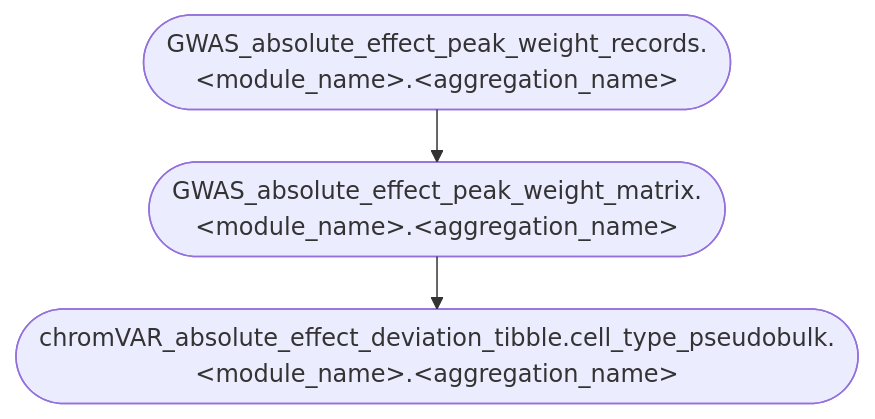
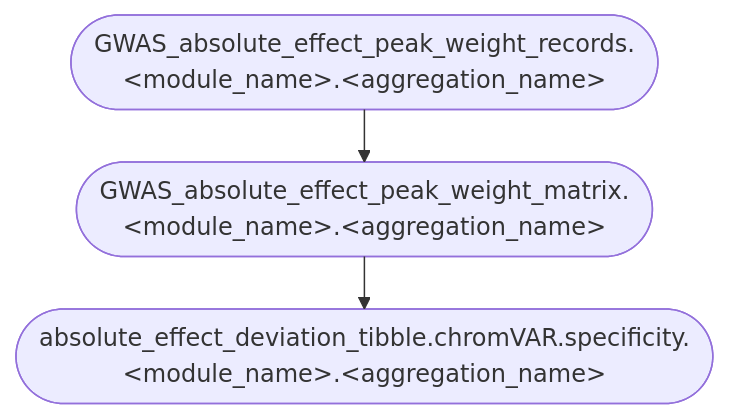
Before and after one commit to koefoeden/multiomeR: the diagram in website/figures/human_curated/genetic_enrichment_cell_type_absolute_effect_v2.mmd, drawn with Mermaid. The commit also changed 16 other files, not shown here.

```diff
--- a/website/figures/human_curated/genetic_enrichment_cell_type_absolute_effect_v2.mmd
+++ b/website/figures/human_curated/genetic_enrichment_cell_type_absolute_effect_v2.mmd
@@ -1,4 +1,4 @@
 %%{init: {'flowchart': {'defaultRenderer': 'elk'}}}%%
 flowchart TB
   GWAS_absolute_effect_peak_weight_records.genetic_enrichment.immune_human_2x(["GWAS_absolute_effect_peak_weight_records.&lt;module_name&gt;.&lt;aggregation_name&gt;"]):::none --> GWAS_absolute_effect_peak_weight_matrix.genetic_enrichment.immune_human_2x(["GWAS_absolute_effect_peak_weight_matrix.&lt;module_name&gt;.&lt;aggregation_name&gt;"]):::none
-  GWAS_absolute_effect_peak_weight_matrix.genetic_enrichment.immune_human_2x(["GWAS_absolute_effect_peak_weight_matrix.&lt;module_name&gt;.&lt;aggregation_name&gt;"]):::none --> chromVAR_absolute_effect_deviation_tibble.cell_type_pseudobulk.genetic_enrichment.immune_human_2x(["chromVAR_absolute_effect_deviation_tibble.cell_type_pseudobulk.&lt;module_name&gt;.&lt;aggregation_name&gt;"]):::none
+  GWAS_absolute_effect_peak_weight_matrix.genetic_enrichment.immune_human_2x(["GWAS_absolute_effect_peak_weight_matrix.&lt;module_name&gt;.&lt;aggregation_name&gt;"]):::none --> absolute_effect_deviation_tibble.chromVAR.specificity.genetic_enrichment.immune_human_2x(["absolute_effect_deviation_tibble.chromVAR.specificity.&lt;module_name&gt;.&lt;aggregation_name&gt;"]):::none
```
